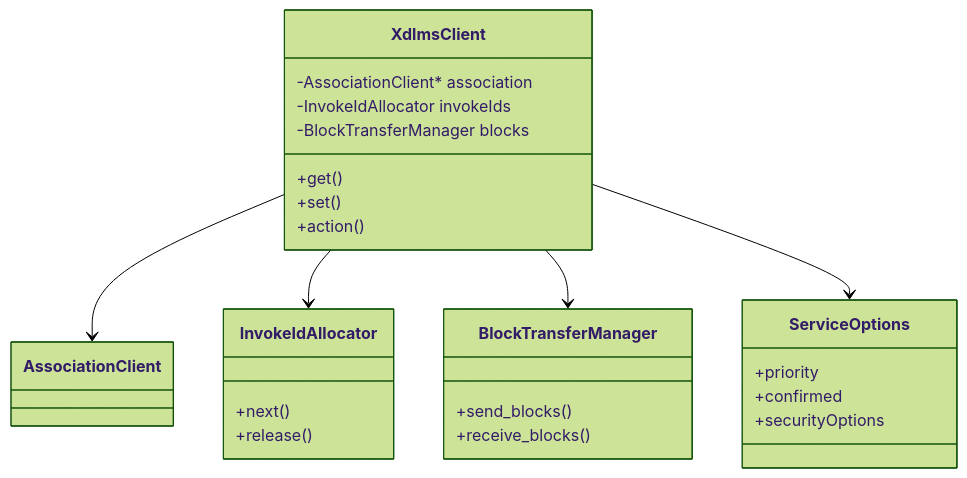
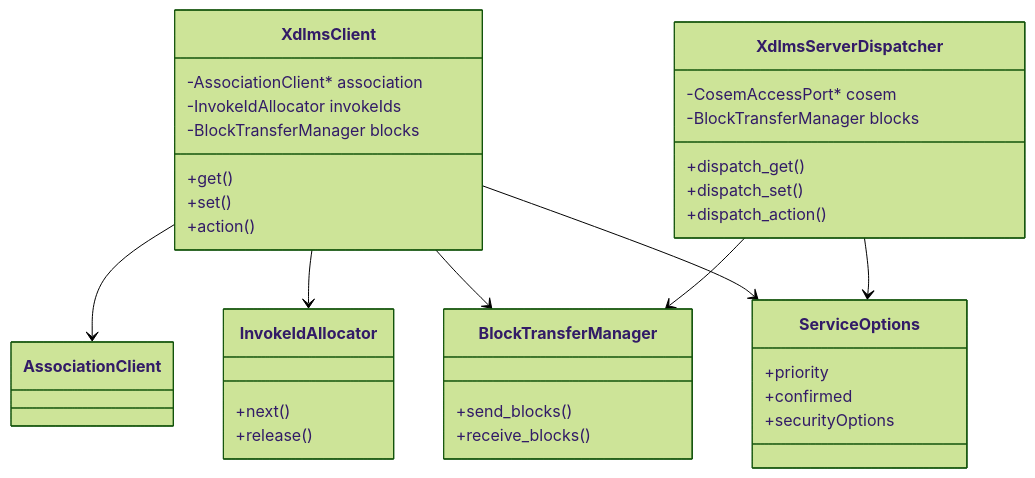
One commit to gvtret/dlms changed the seventh of 11 diagrams in docs/system_architecture.md. Above: the diagram before and after it, drawn with Mermaid (forest theme). The commit also changed other lines of this file and 2 other files, not shown here.

First line of the commit message:
build: rename xdlms submodule

````diff
--- a/docs/system_architecture.md
+++ b/docs/system_architecture.md
@@ -450,32 +452,42 @@
 ```mermaid
 classDiagram
   class XdlmsClient {
     -AssociationClient* association
     -InvokeIdAllocator invokeIds
     -BlockTransferManager blocks
     +get()
     +set()
     +action()
   }
 
   class InvokeIdAllocator {
     +next()
     +release()
   }
 
   class BlockTransferManager {
     +send_blocks()
     +receive_blocks()
   }
 
+  class XdlmsServerDispatcher {
+    -CosemAccessPort* cosem
+    -BlockTransferManager blocks
+    +dispatch_get()
+    +dispatch_set()
+    +dispatch_action()
+  }
+
   class ServiceOptions {
     +priority
     +confirmed
     +securityOptions
   }
 
   XdlmsClient --> AssociationClient
   XdlmsClient --> InvokeIdAllocator
   XdlmsClient --> BlockTransferManager
   XdlmsClient --> ServiceOptions
+  XdlmsServerDispatcher --> BlockTransferManager
+  XdlmsServerDispatcher --> ServiceOptions
 ```
````
